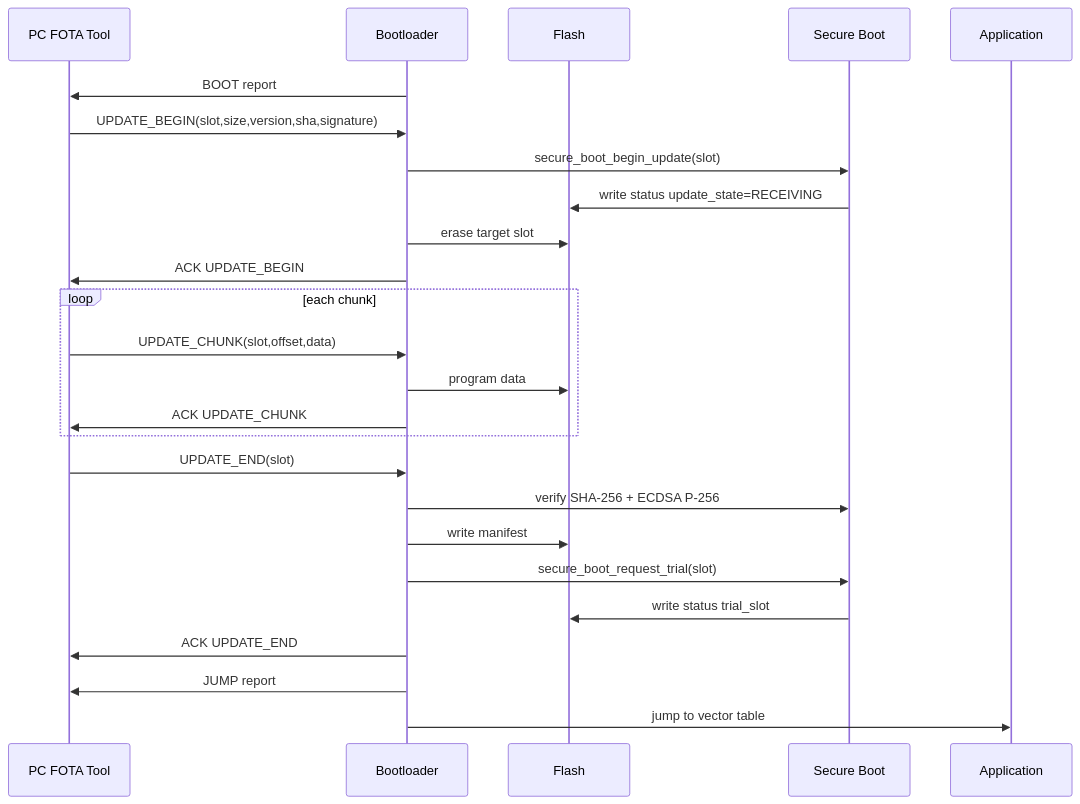
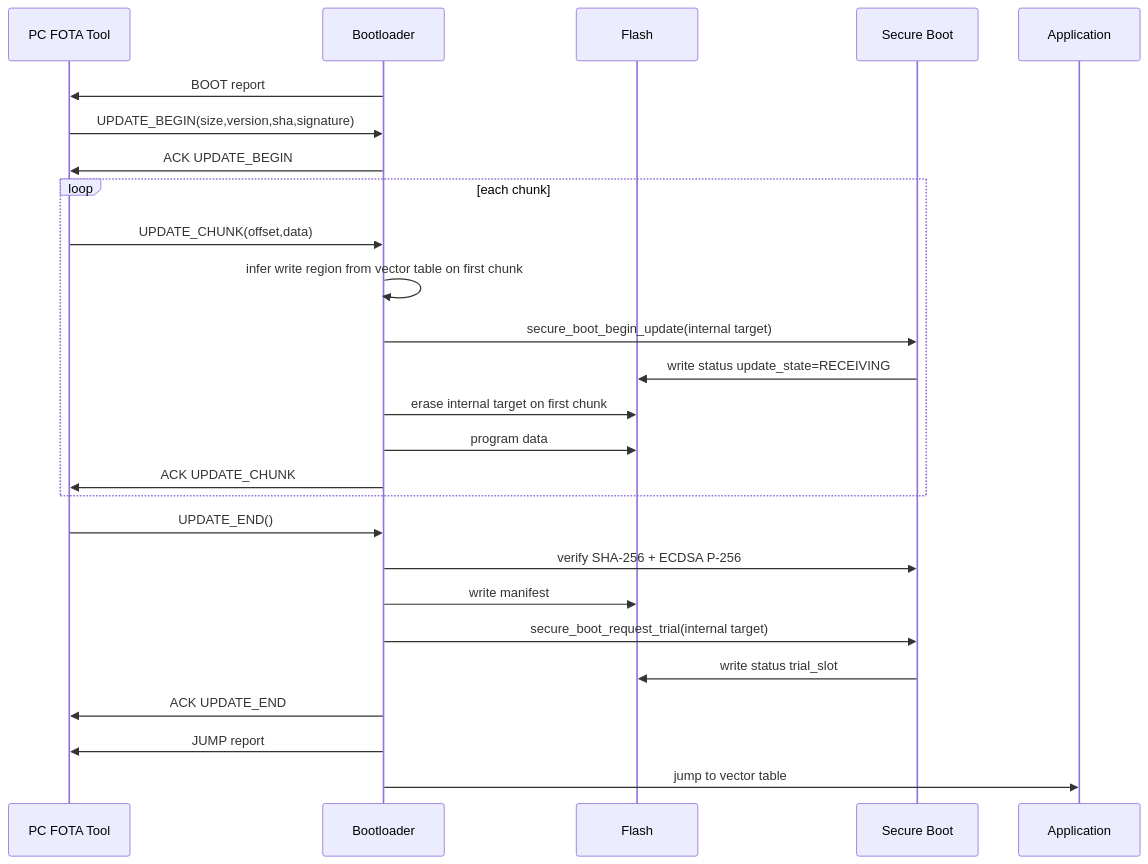
Before and after one commit to tiem-alpha/secure_bootloader: the fifth of 7 diagrams in README.md, drawn with Mermaid. The commit also changed other lines of this file and 21 other files, not shown here.

````diff
--- a/README.md
+++ b/README.md
@@ -476,30 +474,31 @@
 ```mermaid
 sequenceDiagram
     participant PC as PC FOTA Tool
     participant BL as Bootloader
     participant FL as Flash
     participant SB as Secure Boot
     participant APP as Application
 
     BL->>PC: BOOT report
-    PC->>BL: UPDATE_BEGIN(slot,size,version,sha,signature)
-    BL->>SB: secure_boot_begin_update(slot)
-    SB->>FL: write status update_state=RECEIVING
-    BL->>FL: erase target slot
+    PC->>BL: UPDATE_BEGIN(size,version,sha,signature)
     BL->>PC: ACK UPDATE_BEGIN
 
     loop each chunk
-        PC->>BL: UPDATE_CHUNK(slot,offset,data)
+        PC->>BL: UPDATE_CHUNK(offset,data)
+        BL->>BL: infer write region from vector table on first chunk
+        BL->>SB: secure_boot_begin_update(internal target)
+        SB->>FL: write status update_state=RECEIVING
+        BL->>FL: erase internal target on first chunk
         BL->>FL: program data
         BL->>PC: ACK UPDATE_CHUNK
     end
 
-    PC->>BL: UPDATE_END(slot)
+    PC->>BL: UPDATE_END()
     BL->>SB: verify SHA-256 + ECDSA P-256
     BL->>FL: write manifest
-    BL->>SB: secure_boot_request_trial(slot)
+    BL->>SB: secure_boot_request_trial(internal target)
     SB->>FL: write status trial_slot
     BL->>PC: ACK UPDATE_END
     BL->>PC: JUMP report
     BL->>APP: jump to vector table
 ```
````
